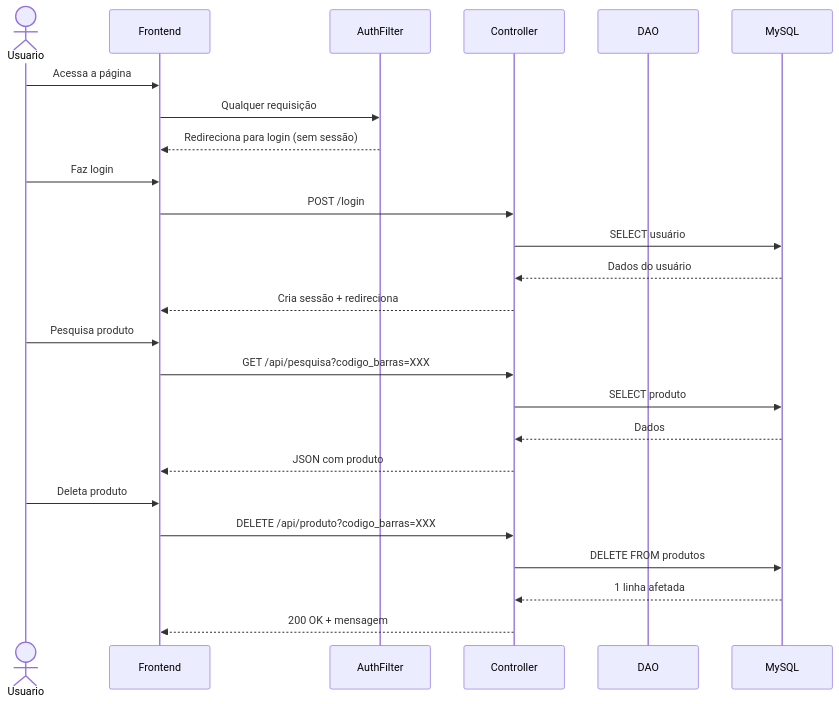
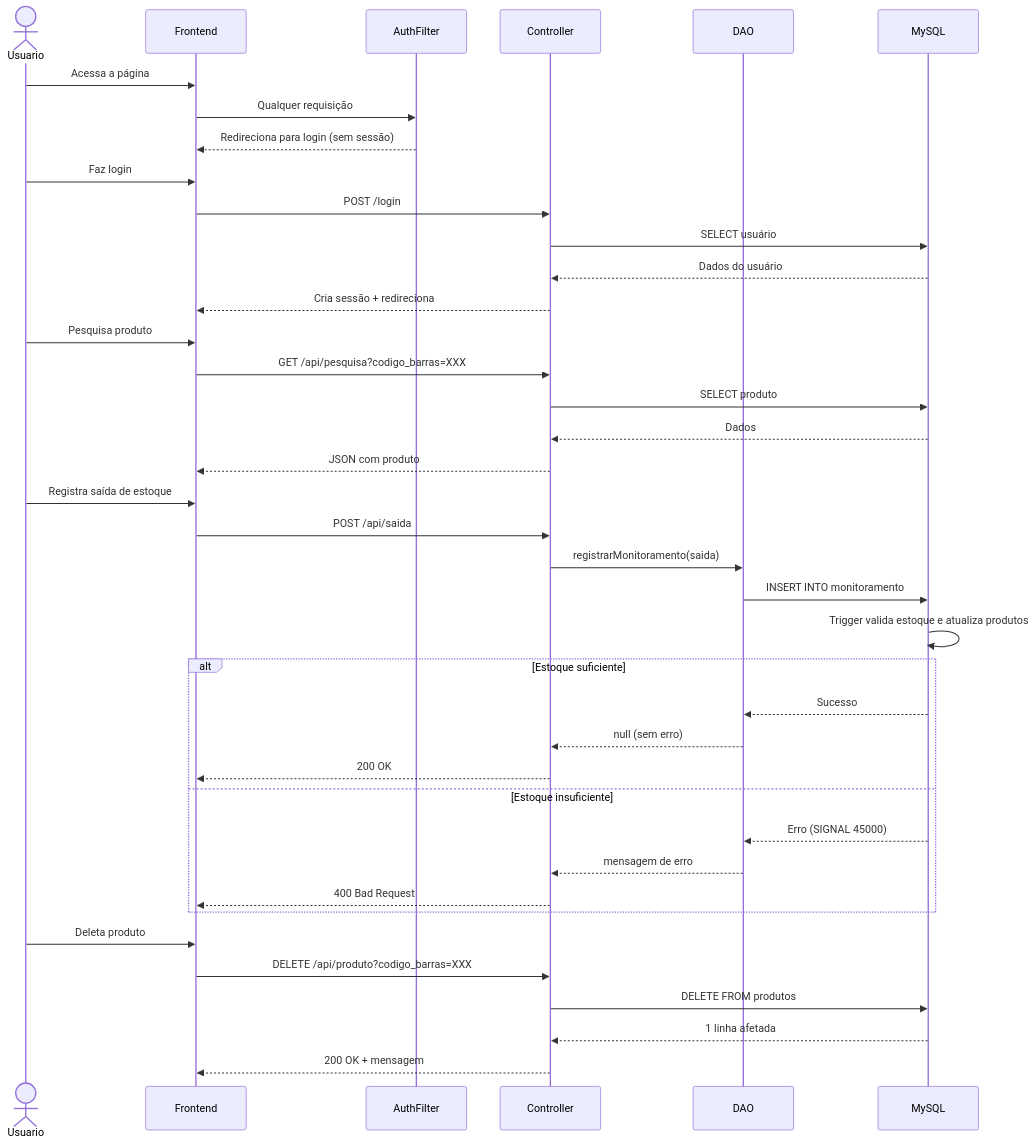
Before and after one commit to Gabriel200617/sistemaDeEstoque: the second of 2 diagrams in README.md, drawn with Mermaid. The commit also changed other lines of this file and 16 other files, not shown here.

````diff
--- a/README.md
+++ b/README.md
@@ -211,31 +254,46 @@
 ```mermaid
 sequenceDiagram
     actor Usuario
     participant Frontend
     participant AuthFilter
     participant Controller
     participant DAO
     participant MySQL
 
     Usuario->>Frontend: Acessa a página
     Frontend->>AuthFilter: Qualquer requisição
     AuthFilter-->>Frontend: Redireciona para login (sem sessão)
 
     Usuario->>Frontend: Faz login
     Frontend->>Controller: POST /login
     Controller->>MySQL: SELECT usuário
     MySQL-->>Controller: Dados do usuário
     Controller-->>Frontend: Cria sessão + redireciona
 
     Usuario->>Frontend: Pesquisa produto
     Frontend->>Controller: GET /api/pesquisa?codigo_barras=XXX
     Controller->>MySQL: SELECT produto
     MySQL-->>Controller: Dados
     Controller-->>Frontend: JSON com produto
 
+    Usuario->>Frontend: Registra saída de estoque
+    Frontend->>Controller: POST /api/saida
+    Controller->>DAO: registrarMonitoramento(saida)
+    DAO->>MySQL: INSERT INTO monitoramento
+    MySQL->>MySQL: Trigger valida estoque e atualiza produtos
+    alt Estoque suficiente
+        MySQL-->>DAO: Sucesso
+        DAO-->>Controller: null (sem erro)
+        Controller-->>Frontend: 200 OK
+    else Estoque insuficiente
+        MySQL-->>DAO: Erro (SIGNAL 45000)
+        DAO-->>Controller: mensagem de erro
+        Controller-->>Frontend: 400 Bad Request
+    end
+
     Usuario->>Frontend: Deleta produto
     Frontend->>Controller: DELETE /api/produto?codigo_barras=XXX
     Controller->>MySQL: DELETE FROM produtos
     MySQL-->>Controller: 1 linha afetada
     Controller-->>Frontend: 200 OK + mensagem
 ```
````
